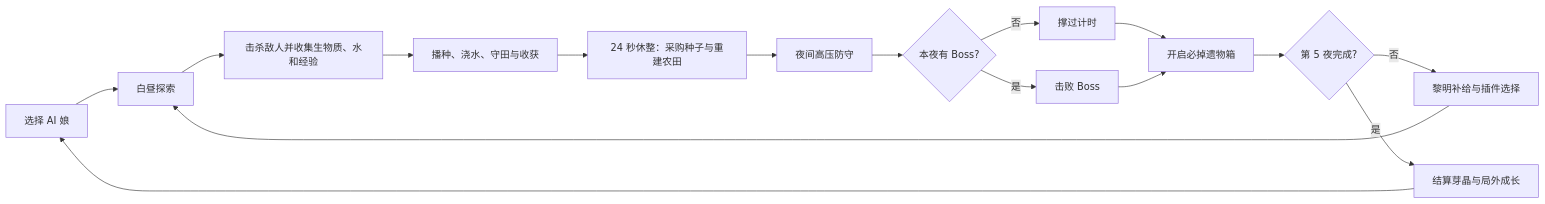
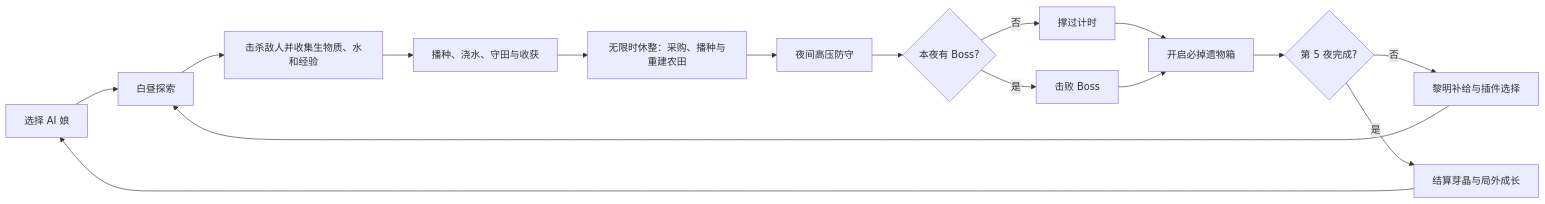
Before and after one commit to CJ-Dzz/D02: the diagram in wildroot/GAME_DESIGN_DOCUMENT.md, drawn with Mermaid. The commit also changed other lines of this file and 5 other files, not shown here.

````diff
--- a/wildroot/GAME_DESIGN_DOCUMENT.md
+++ b/wildroot/GAME_DESIGN_DOCUMENT.md
@@ -31,18 +31,18 @@
 ```mermaid
 flowchart LR
     A[选择 AI 娘] --> B[白昼探索]
     B --> C[击杀敌人并收集生物质、水和经验]
     C --> D[播种、浇水、守田与收获]
-    D --> R[24 秒休整：采购种子与重建农田]
+    D --> R[无限时休整：采购、播种与重建农田]
     R --> E[夜间高压防守]
     E --> F{本夜有 Boss?}
     F -- 否 --> G[撑过计时]
     F -- 是 --> H[击败 Boss]
     G --> I[开启必掉遗物箱]
     H --> I
     I --> J{第 5 夜完成?}
     J -- 否 --> K[黎明补给与插件选择]
     K --> B
     J -- 是 --> L[结算芽晶与局外成长]
     L --> A
 ```
````
